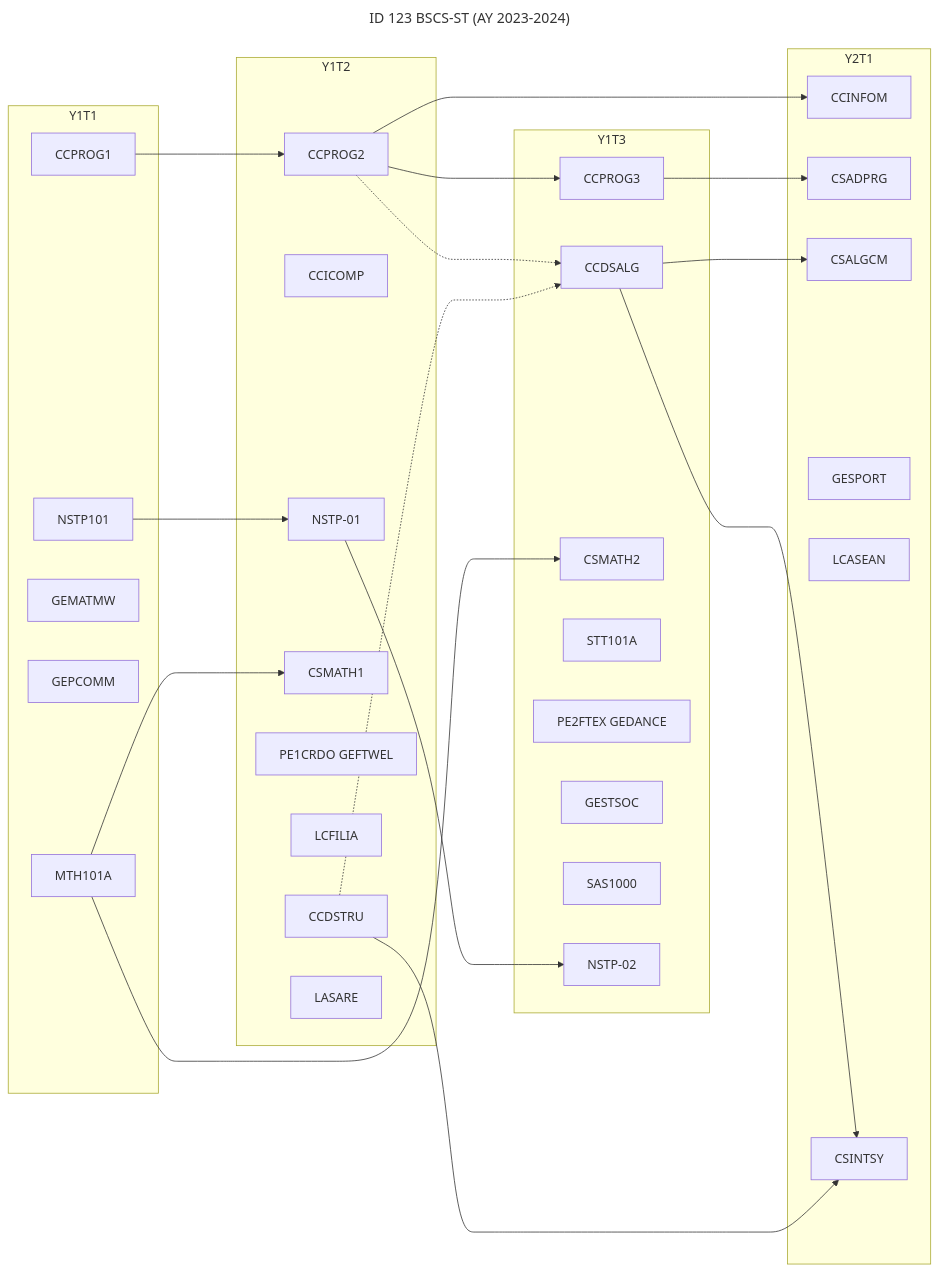
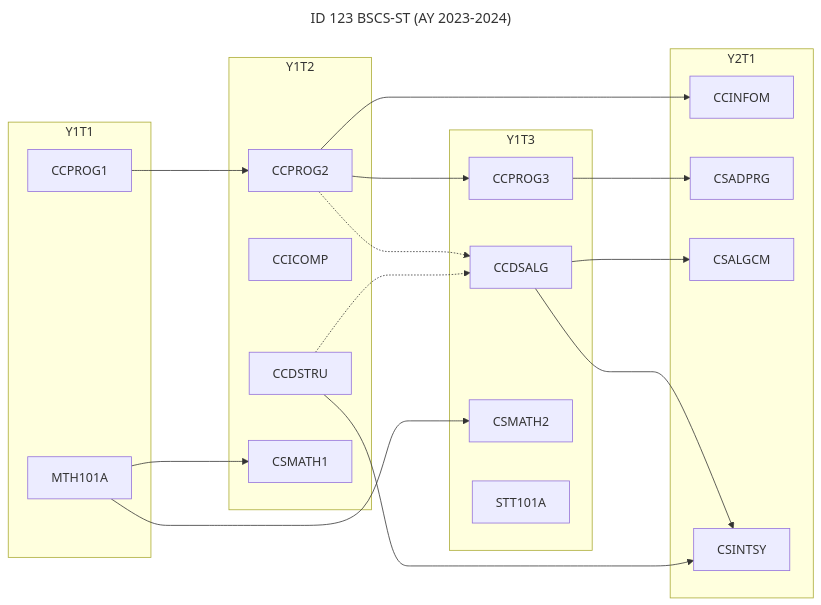
The diagram in index.md (WataRain/asuka), drawn with Mermaid before and after one commit. The commit also changed 1 other file, not shown here.

Commit message:
Cut down on flowchart, modify config

```diff
--- a/index.md
+++ b/index.md
@@ -48,57 +48,42 @@
 <pre class="mermaid">
 ---
 title: ID 123 BSCS-ST (AY 2023-2024)
 ---
 graph LR
 classDef has_status stroke:#0f0
 subgraph y1_t1 ["Y1T1"]
 ccprog1["CCPROG1"]
 mth101_a["MTH101A"]
-gematmw["GEMATMW"]
-gepcomm["GEPCOMM"]
-nstp101["NSTP101"]
 end
 subgraph y1_t2 ["Y1T2"]
 ccprog2["CCPROG2"]
 ccicomp["CCICOMP"]
 ccdstru["CCDSTRU"]
 csmath1["CSMATH1"]
-pe1_crdo_geftwel["PE1CRDO GEFTWEL"]
-lcfilia["LCFILIA"]
-nstp_01["NSTP-01"]
-lasare["LASARE"]
 end
 subgraph y1_t3 ["Y1T3"]
 ccprog3["CCPROG3"]
 ccdsalg["CCDSALG"]
 csmath2["CSMATH2"]
 stt101_a["STT101A"]
-pe2_ftex_gedance["PE2FTEX GEDANCE"]
-gestsoc["GESTSOC"]
-sas1000["SAS1000"]
-nstp_02["NSTP-02"]
 end
 subgraph y2_t1 ["Y2T1"]
 ccinfom["CCINFOM"]
 csadprg["CSADPRG"]
 csalgcm["CSALGCM"]
-gesport["GESPORT"]
-lcasean["LCASEAN"]
 csintsy["CSINTSY"]
 end
 ccprog1 ---> ccprog2
 mth101_a ---> csmath1
-nstp101 ---> nstp_01
 ccprog2 ---> ccprog3
 ccdstru -.-> ccdsalg
 ccprog2 -.-> ccdsalg
 mth101_a ---> csmath2
-nstp_01 ---> nstp_02
 ccprog2 ---> ccinfom
 ccprog3 ---> csadprg
 ccdsalg ---> csalgcm
 ccdstru ---> csintsy
 ccdsalg ---> csintsy
 
 click ccprog1 "Programming/01-CCPROG1"
 </pre>
```
